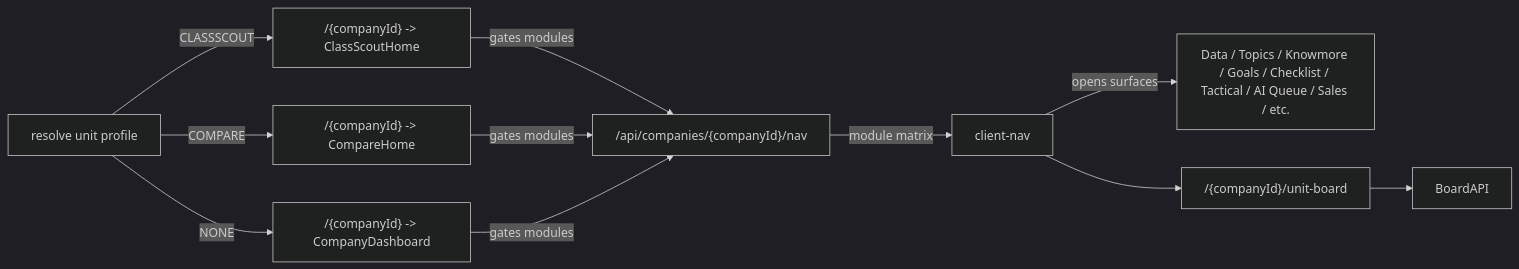
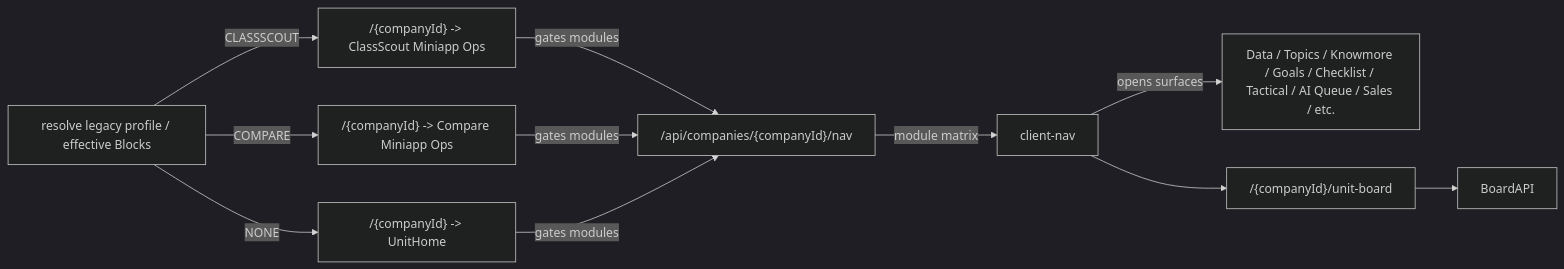
One commit to moldovancsaba/skills changed the second of 2 diagrams in docs/INTELLIGENCE_UNIT_CONTROL_PLANE_LLD.md. Above: the diagram before and after it, drawn with Mermaid (dark theme). The commit also changed other lines of this file and 290 other files, not shown here.

````diff
--- a/docs/INTELLIGENCE_UNIT_CONTROL_PLANE_LLD.md
+++ b/docs/INTELLIGENCE_UNIT_CONTROL_PLANE_LLD.md
@@ -68,13 +76,13 @@
 ```mermaid
 flowchart LR
-  WebappProfile["resolve unit profile"] -->|NONE| RouteGeneric["/{companyId} -> CompanyDashboard"]
-  WebappProfile -->|CLASSSCOUT| RouteClassScout["/{companyId} -> ClassScoutHome"]
-  WebappProfile -->|COMPARE| RouteCompare["/{companyId} -> CompareHome"]
+  WebappProfile["resolve legacy profile / effective Blocks"] -->|NONE| RouteGeneric["/{companyId} -> UnitHome"]
+  WebappProfile -->|CLASSSCOUT| RouteClassScout["/{companyId} -> ClassScout Miniapp Ops"]
+  WebappProfile -->|COMPARE| RouteCompare["/{companyId} -> Compare Miniapp Ops"]
   RouteClassScout -->|gates modules| Nav["/api/companies/{companyId}/nav"]
   RouteCompare -->|gates modules| Nav
   RouteGeneric -->|gates modules| Nav
   Nav -->|module matrix| Sidebar["client-nav"]
   Sidebar -->|opens surfaces| ModuleSurfaces["Data / Topics / Knowmore / Goals / Checklist / Tactical / AI Queue / Sales / etc."]
   Sidebar --> UnitBoard["/{companyId}/unit-board"]
   UnitBoard --> BoardAPI
 ```
````
